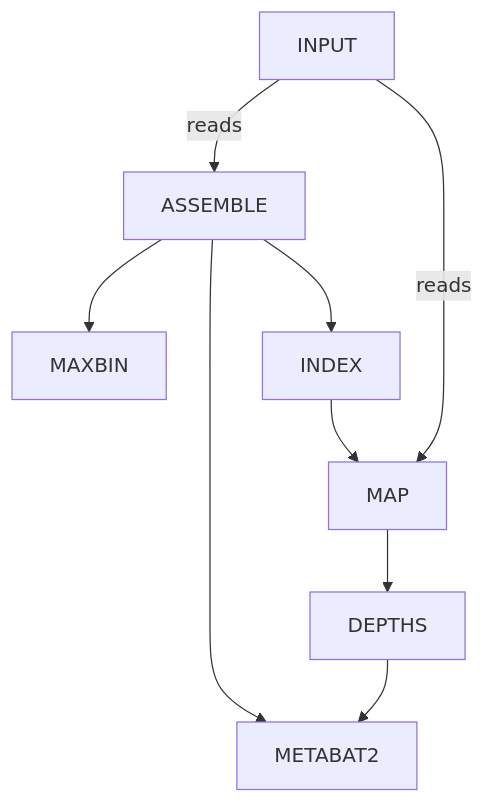
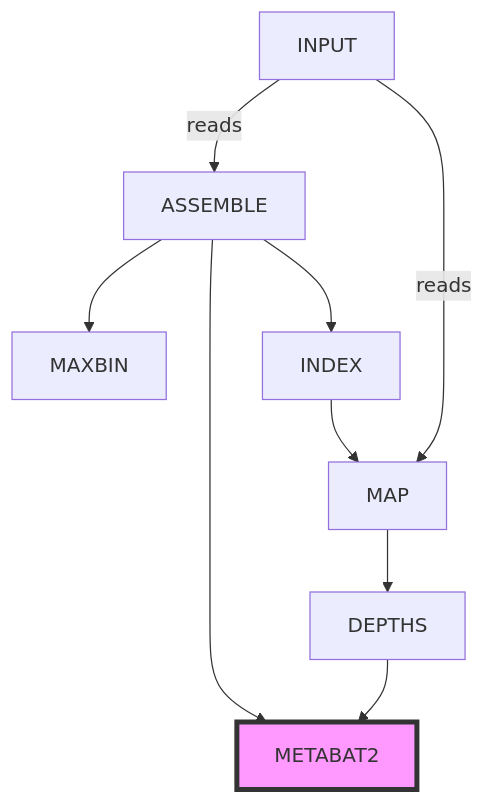
Before and after one commit to telatin/nf-channel-error: the diagram in README.md, drawn with Mermaid.

````diff
--- a/README.md
+++ b/README.md
@@ -9,11 +9,12 @@
 ```mermaid
 graph TD;
   INPUT -- reads --> ASSEMBLE;
   INPUT -- reads -->   MAP;
   ASSEMBLE --> MAXBIN;
   ASSEMBLE --> INDEX;
   INDEX --> MAP;
   MAP --> DEPTHS;
   DEPTHS --> METABAT2;
   ASSEMBLE --> METABAT2;
+  style METABAT2 fill:#f9f,stroke:#333,stroke-width:4px
 ```
````
